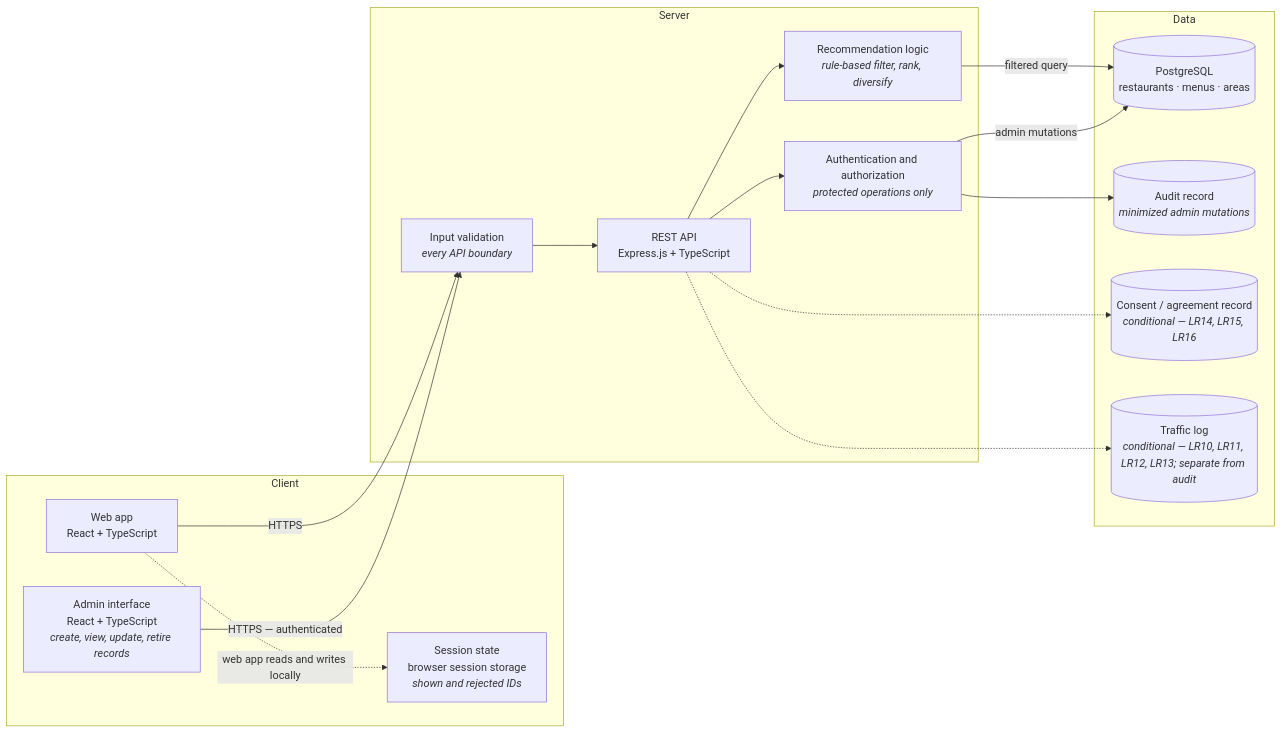
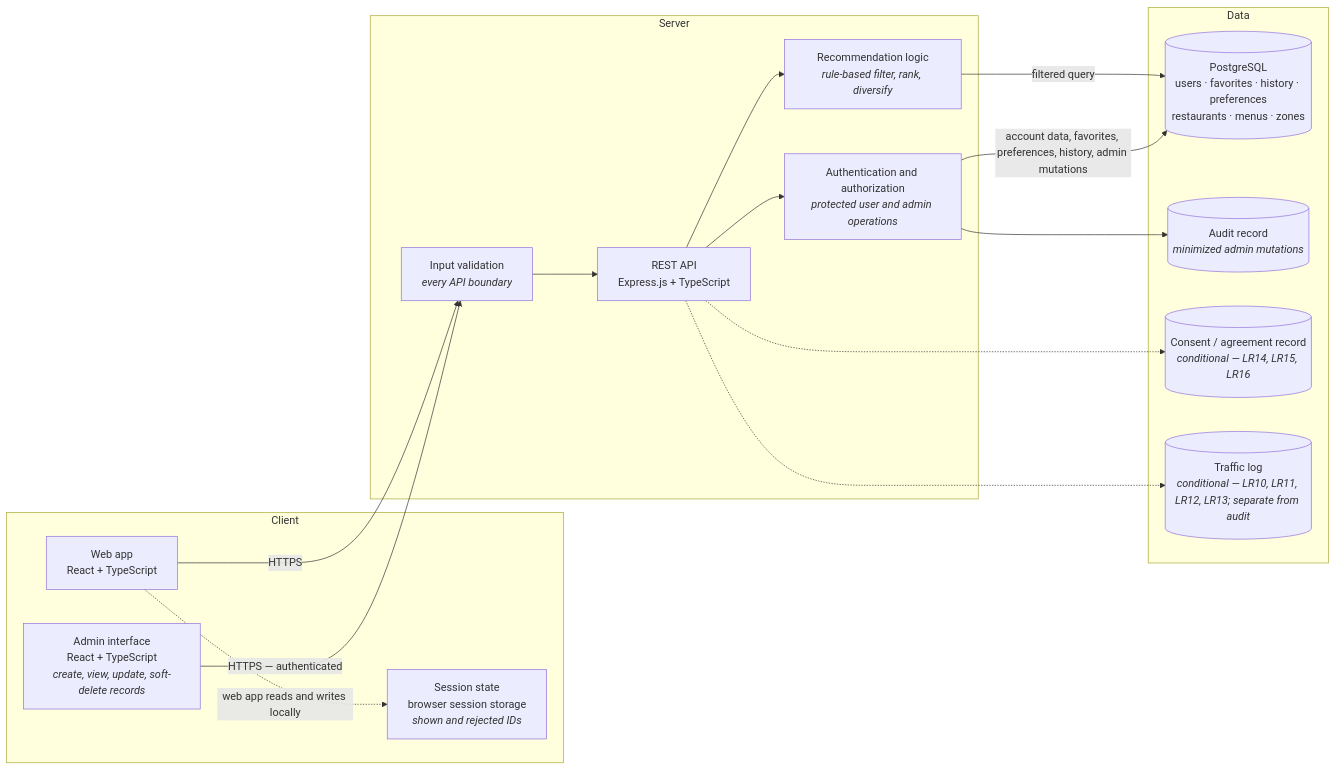
Before and after one commit to bear0420-47/Kinraidee: the second of 3 diagrams in docs/02-design/diagrams.md, drawn with Mermaid. The commit also changed other lines of this file and 18 other files, not shown here.

````diff
--- a/docs/02-design/diagrams.md
+++ b/docs/02-design/diagrams.md
@@ -73,34 +73,34 @@
 ```mermaid
 flowchart LR
   subgraph CLIENT["Client"]
     ui["Web app<br/>React + TypeScript"]
     sess["Session state<br/>browser session storage<br/><i>shown and rejected IDs</i>"]
-    adminui["Admin interface<br/>React + TypeScript<br/><i>create, view, update, retire records</i>"]
+    adminui["Admin interface<br/>React + TypeScript<br/><i>create, view, update, soft-delete records</i>"]
   end
 
   subgraph SERVER["Server"]
     api["REST API<br/>Express.js + TypeScript"]
     valid["Input validation<br/><i>every API boundary</i>"]
     rec["Recommendation logic<br/><i>rule-based filter, rank, diversify</i>"]
-    authz["Authentication and authorization<br/><i>protected operations only</i>"]
+    authz["Authentication and authorization<br/><i>protected user and admin operations</i>"]
   end
 
   subgraph DATA["Data"]
-    db[("PostgreSQL<br/>restaurants · menus · areas")]
+    db[("PostgreSQL<br/>users · favorites · history · preferences<br/>restaurants · menus · zones")]
     audit[("Audit record<br/><i>minimized admin mutations</i>")]
     consent[("Consent / agreement record<br/><i>conditional — LR14, LR15, LR16</i>")]
     traffic[("Traffic log<br/><i>conditional — LR10, LR11, LR12, LR13; separate from audit</i>")]
   end
 
   ui -.->|"web app reads and writes locally"| sess
   ui -->|"HTTPS"| valid
   adminui -->|"HTTPS — authenticated"| valid
   valid --> api
   api --> rec
   api --> authz
   rec -->|"filtered query"| db
-  authz -->|"admin mutations"| db
+  authz -->|"account data, favorites, preferences, history, admin mutations"| db
   authz --> audit
   api -.-> consent
   api -.-> traffic
 ```
````
